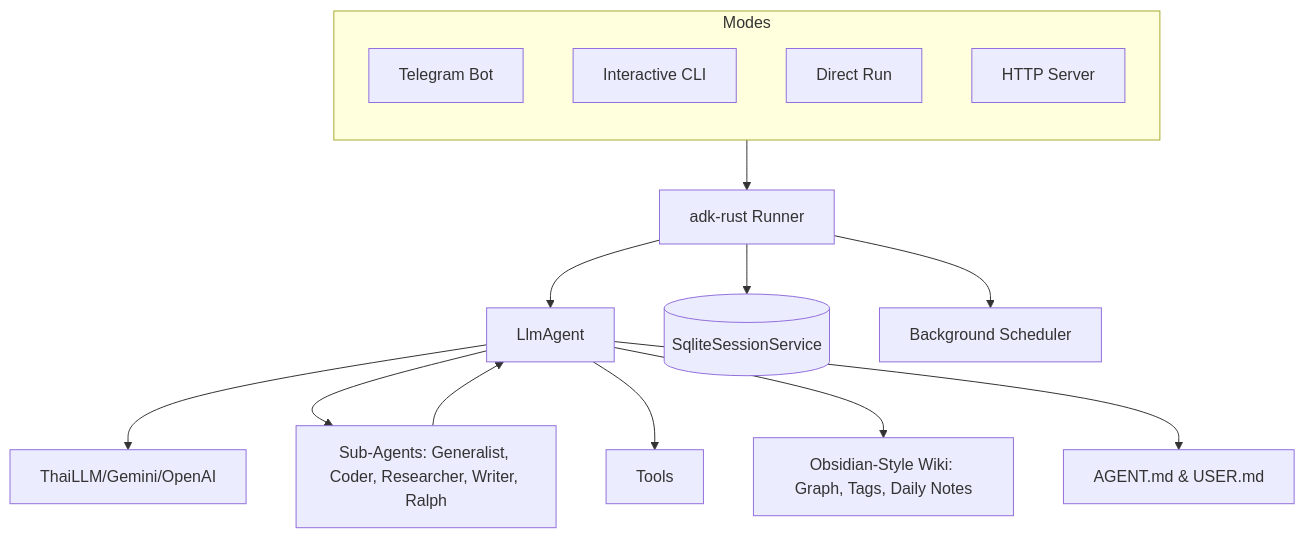
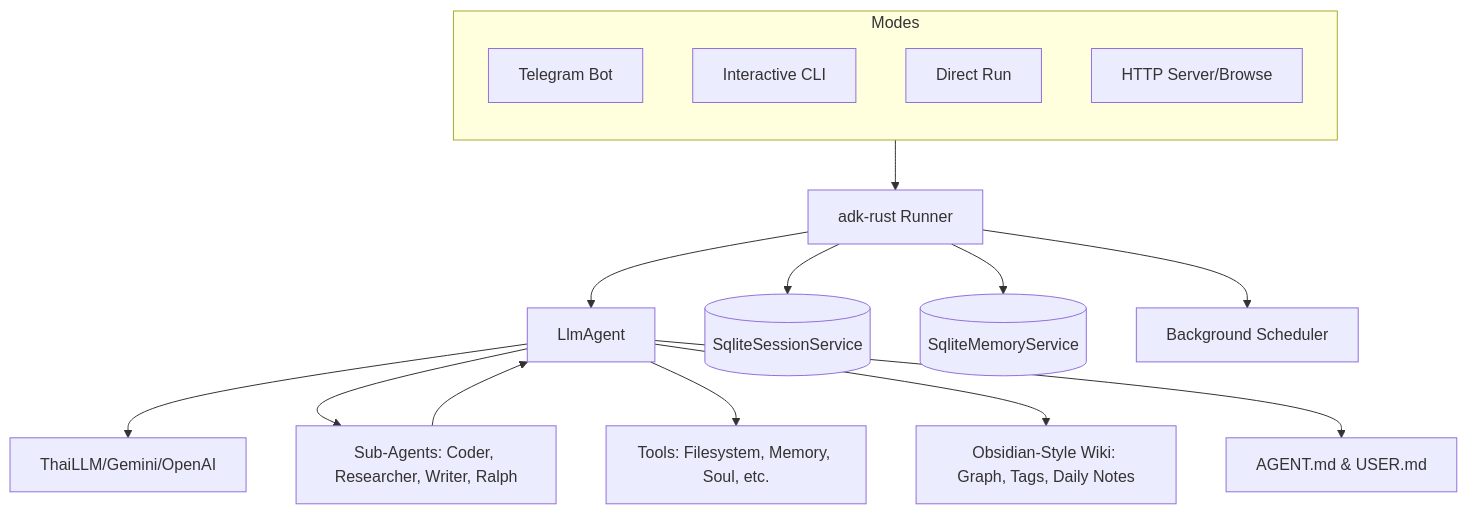
The diagram in README.md (anoochit/nami-core), drawn with Mermaid before and after one commit.

Commit message:
docs: update architecture diagram in README.md

````diff
--- a/README.md
+++ b/README.md
@@ -154,24 +154,25 @@
 ```mermaid
 graph TD
     subgraph EntryPoints [Modes]
         direction TB
         Bot[Telegram Bot]
         CLI[Interactive CLI]
         Run[Direct Run]
-        Server[HTTP Server]
+        Server[HTTP Server/Browse]
     end
 
     EntryPoints --> Runner[adk-rust Runner]
     
     Runner --> Agent[LlmAgent]
     Runner --> DB[(SqliteSessionService)]
+    Runner --> Memory[(SqliteMemoryService)]
     Runner --> Scheduler[Background Scheduler]
     
     Agent --> LLM[ThaiLLM/Gemini/OpenAI]
-    Agent --> SubAgents[Sub-Agents: Generalist, Coder, Researcher, Writer, Ralph]
-    Agent --> Tools[Tools]
+    Agent --> SubAgents[Sub-Agents: Coder, Researcher, Writer, Ralph]
+    Agent --> Tools[Tools: Filesystem, Memory, Soul, etc.]
     Agent --> Wiki[Obsidian-Style Wiki: Graph, Tags, Daily Notes]
     Agent --> Persona[AGENT.md & USER.md]
     
     SubAgents --> Agent
 ```
````
